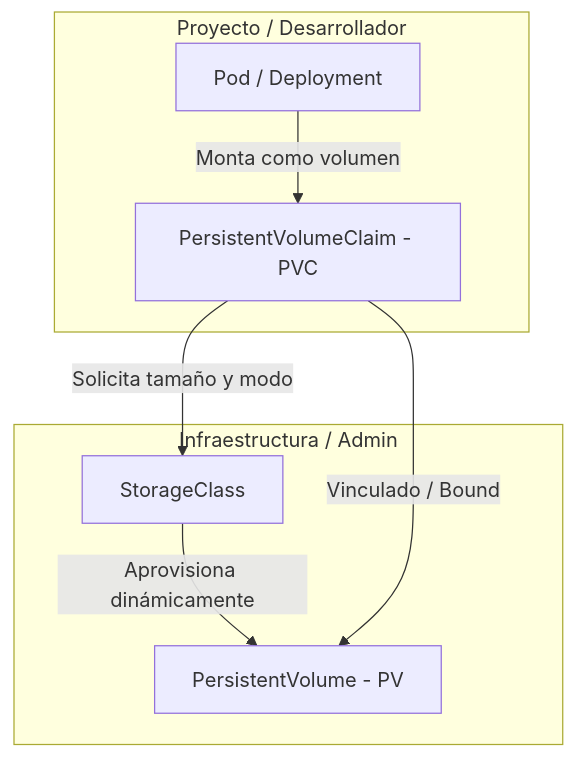
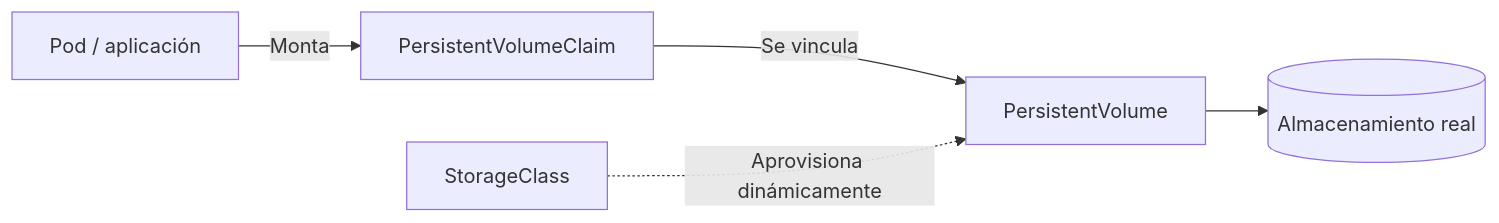
One commit to ieftraining/curso-openshift changed the first of 3 diagrams in docs/sesion2/2.5 Almacenamiento Persistente.md. Above: the diagram before and after it, drawn with Mermaid. The commit also changed other lines of this file, not shown here.

````diff
--- a/docs/sesion2/2.5 Almacenamiento Persistente.md
+++ b/docs/sesion2/2.5 Almacenamiento Persistente.md
@@ -23,17 +30,7 @@
 ```mermaid
-flowchart TD
-    subgraph Infraestructura ["Infraestructura / Admin"]
-        SC[StorageClass]
-        PV[PersistentVolume - PV]
-    end
-
-    subgraph Desarrollo ["Proyecto / Desarrollador"]
-        PVC[PersistentVolumeClaim - PVC]
-        POD[Pod / Deployment]
-    end
-
-    SC -->|Aprovisiona dinámicamente| PV
-    PVC -->|Solicita tamaño y modo| SC
-    PVC -->|Vinculado / Bound| PV
-    POD -->|Monta como volumen| PVC
+flowchart LR
+    POD[Pod / aplicación] -->|Monta| PVC[PersistentVolumeClaim]
+    PVC -->|Se vincula| PV[PersistentVolume]
+    PV --> STORAGE[(Almacenamiento real)]
+    SC[StorageClass] -.->|Aprovisiona dinámicamente| PV
 ```
````
